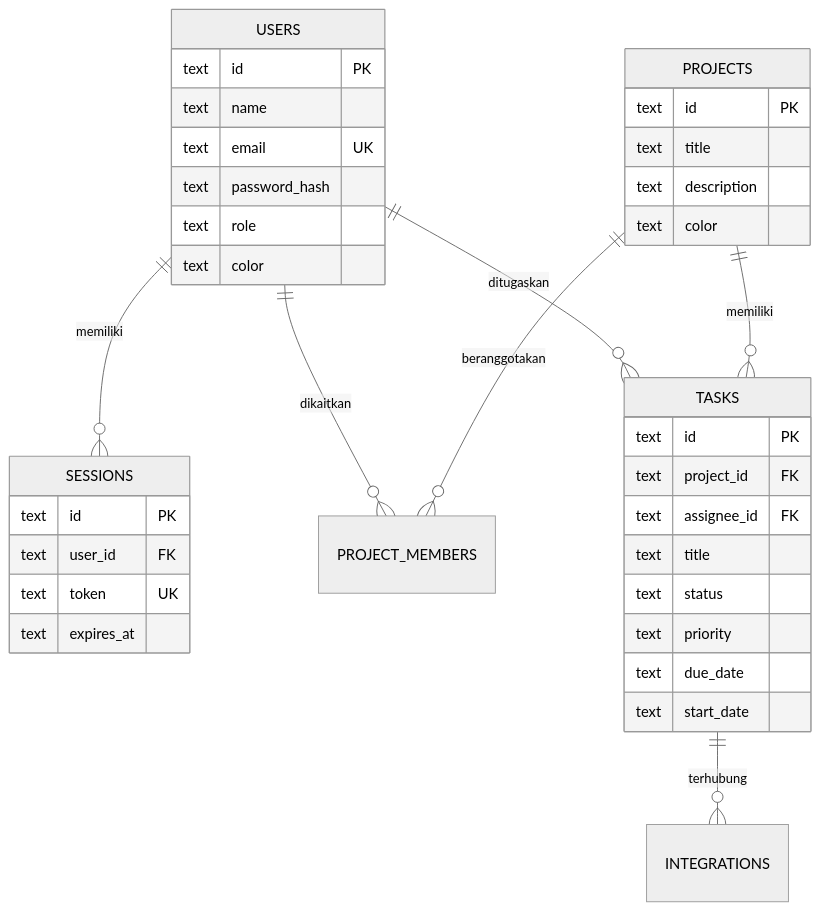
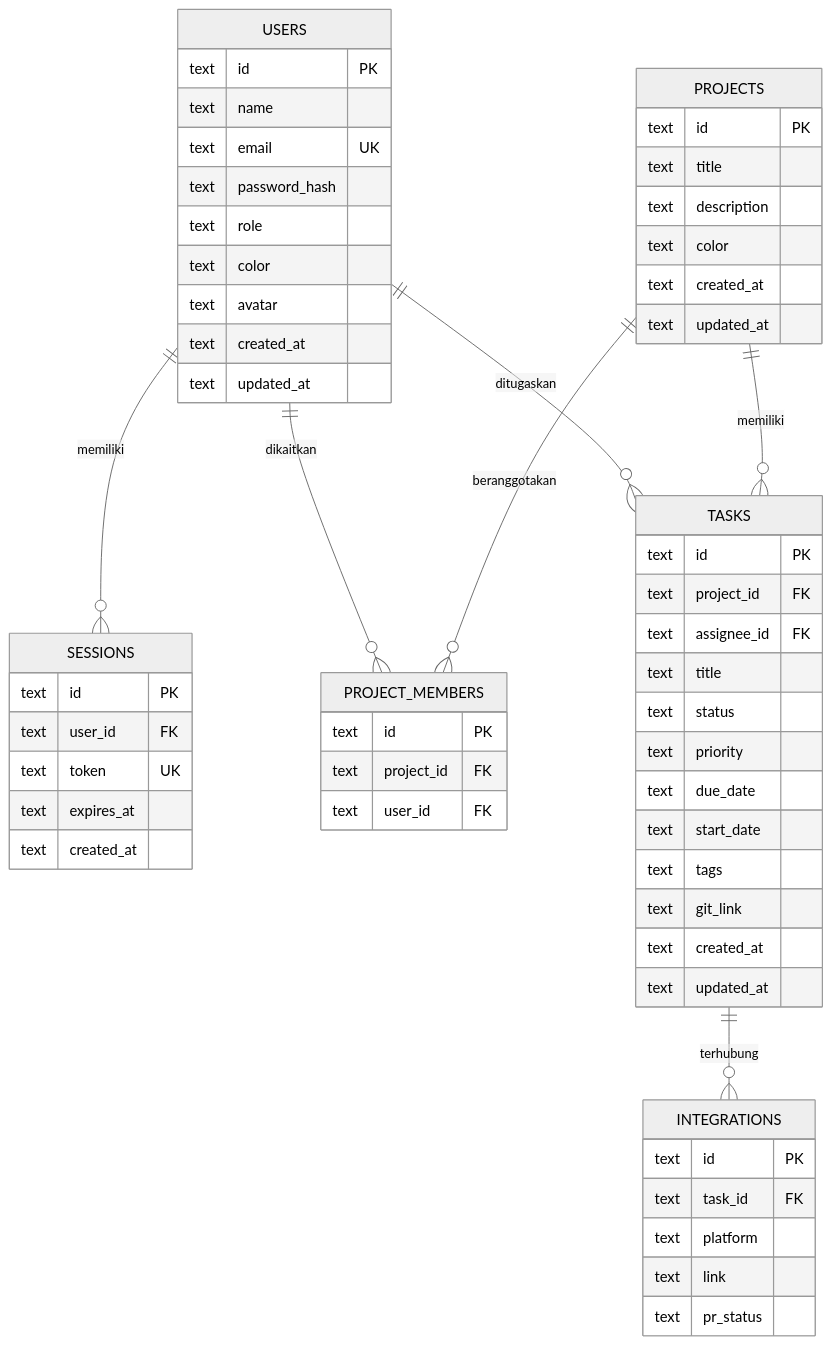
Before and after one commit to Tahatra21/pm: the second of 2 diagrams in PROJECT_ARCHITECTURE.md, drawn with Mermaid (neutral theme). The commit also changed 1 other file, not shown here.

Commit message:
docs: expand Mermaid erDiagram with full schema details

````diff
--- a/PROJECT_ARCHITECTURE.md
+++ b/PROJECT_ARCHITECTURE.md
@@ -96,43 +96,67 @@
 ```mermaid
 erDiagram
     USERS ||--o{ SESSIONS : "memiliki"
     USERS ||--o{ PROJECT_MEMBERS : "dikaitkan"
     USERS ||--o{ TASKS : "ditugaskan"
     PROJECTS ||--o{ PROJECT_MEMBERS : "beranggotakan"
     PROJECTS ||--o{ TASKS : "memiliki"
     TASKS ||--o{ INTEGRATIONS : "terhubung"
 
     USERS {
         text id PK
         text name
         text email UK
         text password_hash
         text role
         text color
+        text avatar
+        text created_at
+        text updated_at
     }
     
     PROJECTS {
         text id PK
         text title
         text description
         text color
+        text created_at
+        text updated_at
+    }
+
+    PROJECT_MEMBERS {
+        text id PK
+        text project_id FK
+        text user_id FK
     }
     
     TASKS {
         text id PK
         text project_id FK
         text assignee_id FK
         text title
         text status
         text priority
         text due_date
         text start_date
+        text tags
+        text git_link
+        text created_at
+        text updated_at
     }
     
     SESSIONS {
         text id PK
         text user_id FK
         text token UK
         text expires_at
+        text created_at
+    }
+
+    INTEGRATIONS {
+        text id PK
+        text task_id FK
+        text platform
+        text link
+        text pr_status
     }
 ```
````
